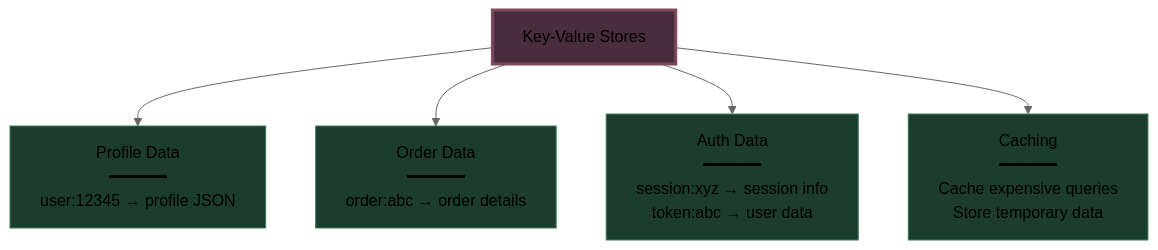
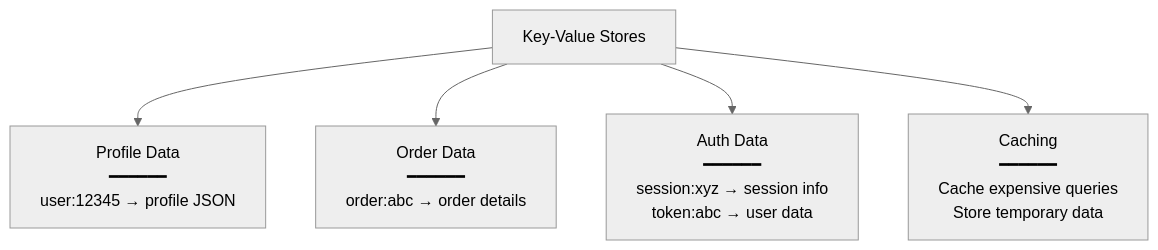
The tenth of 16 diagrams in system design beginner/9. Non-Relational Databases.md (Yash-Kavaiya/The-System-Design-Masterclass), drawn with Mermaid (neutral theme) before and after one commit. The commit also changed other lines of this file, not shown here.

````diff
--- a/system design beginner/9. Non-Relational Databases.md
+++ b/system design beginner/9. Non-Relational Databases.md
@@ -451,18 +419,12 @@
 ```mermaid
 graph TB
     KV[Key-Value Stores]
     
     KV --> UC1[Profile Data<br/>━━━━━━<br/>user:12345 → profile JSON]
     
     KV --> UC2[Order Data<br/>━━━━━━<br/>order:abc → order details]
     
     KV --> UC3[Auth Data<br/>━━━━━━<br/>session:xyz → session info<br/>token:abc → user data]
     
     KV --> UC4[Caching<br/>━━━━━━<br/>Cache expensive queries<br/>Store temporary data]
-    
-    style KV fill:#4a2d3c,stroke:#7c4a5c,stroke-width:3px
-    style UC1 fill:#1c3d2d,stroke:#3c7c5c
-    style UC2 fill:#1c3d2d,stroke:#3c7c5c
-    style UC3 fill:#1c3d2d,stroke:#3c7c5c
-    style UC4 fill:#1c3d2d,stroke:#3c7c5c
 ```
````
